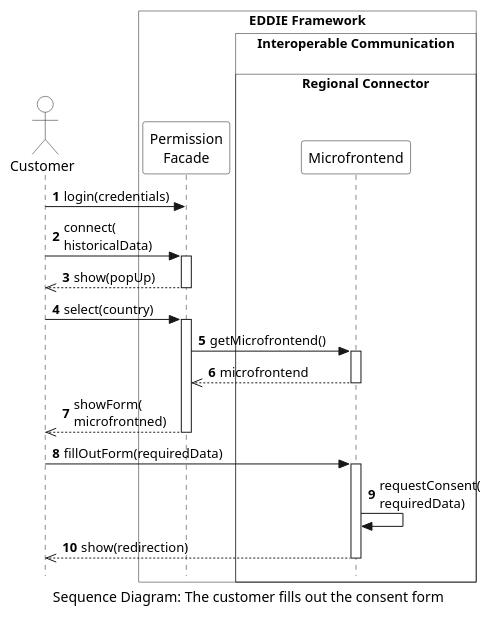
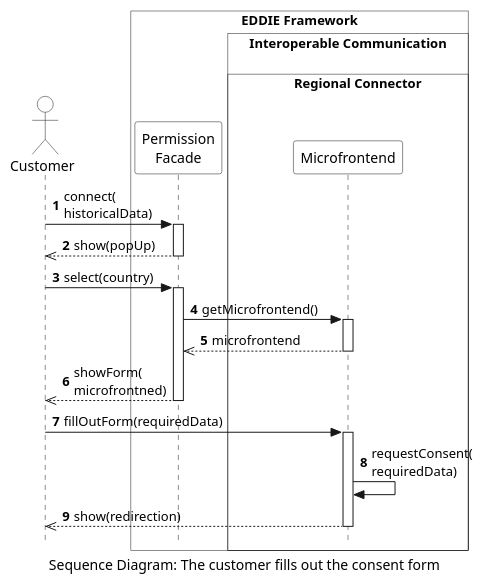
The diagram in arc42/06-runtime-view/runtime-view/collect-consent-historical-data/figures/collect-consent-historical-data.puml (eddie-energy/architecture), drawn with PlantUML before and after one commit. The commit also changed 25 other files, not shown here.

```diff
--- a/arc42/06-runtime-view/runtime-view/collect-consent-historical-data/figures/collect-consent-historical-data.puml
+++ b/arc42/06-runtime-view/runtime-view/collect-consent-historical-data/figures/collect-consent-historical-data.puml
@@ -1,47 +1,45 @@
 @startuml collect-consent-historical-data
 'sequence diagram
 caption Sequence Diagram: The customer fills out the consent form
 
 skinparam style strictuml
 skinparam sequence {
   ParticipantBackgroundColor transparent
   ActorBackgroundColor transparent
 }
 
 autonumber
 !pragma teoz true
 
 actor "Customer" as user
 box "EDDIE Framework" #transparent
   participant "Permission\nFacade" as website
   box "Interoperable Communication\n"  #transparent
     box "\t\tRegional Connector\t\t"  #transparent
       participant "Microfrontend" as microfrontend
     end box
   end box
 end box
 
-user -> website : login(credentials)
-
 user -> website : connect(\nhistoricalData)
 activate website
   website -->> user : show(popUp)
 deactivate website
 
 user -> website : select(country)
 activate website
   website -> microfrontend : getMicrofrontend()
   activate microfrontend
     microfrontend -->> website : microfrontend
   deactivate microfrontend
   website -->> user : showForm(\nmicrofrontned)
 deactivate website
 
 user -> microfrontend : fillOutForm(requiredData)
 activate microfrontend
   microfrontend -> microfrontend : requestConsent(\nrequiredData)
   microfrontend -->> user : show(redirection)
 deactivate microfrontend
 
 
 @enduml
```
